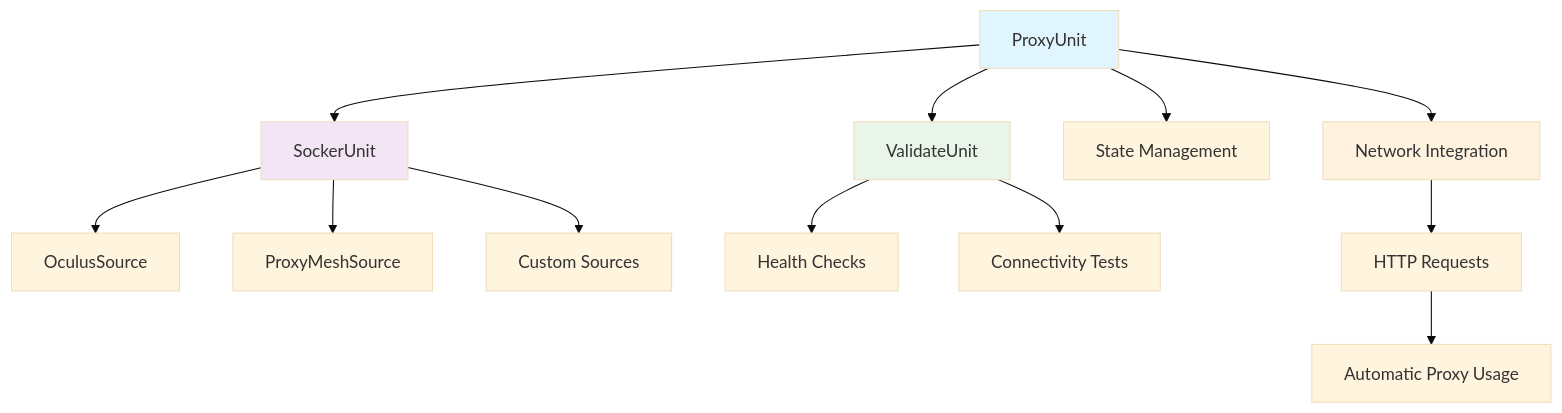
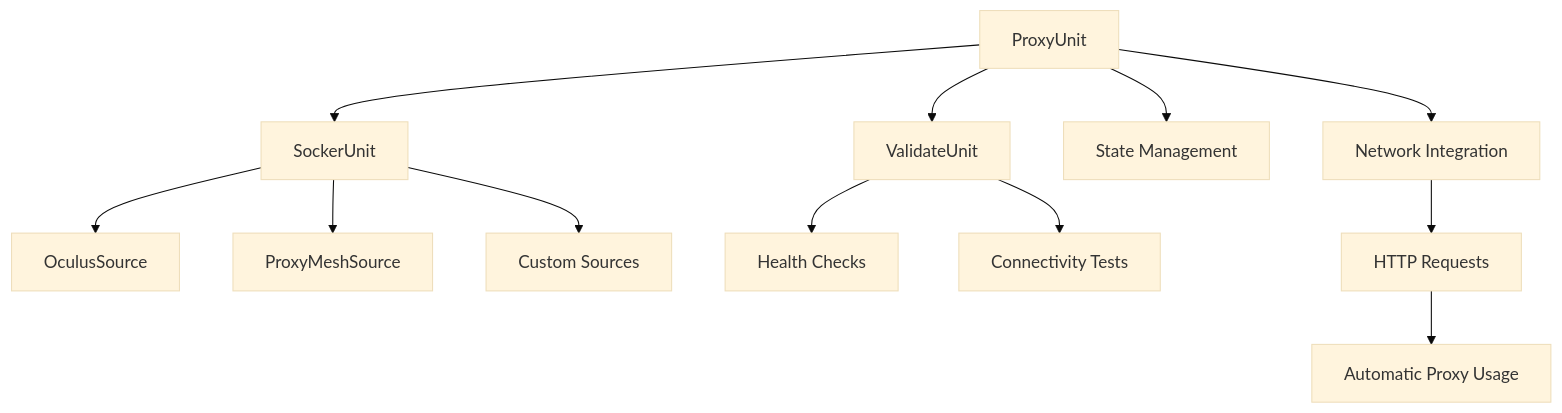
The diagram in README.md (synthetism/proxy), drawn with Mermaid (base theme) before and after one commit.

Commit message:
Fixed styling in dark mode

````diff
--- a/README.md
+++ b/README.md
@@ -23,22 +23,18 @@
 ```mermaid
 graph TD
     A[ProxyUnit] --> B[SockerUnit]
     A --> C[ValidateUnit]
     A --> D[State Management]
     
     B --> E[OculusSource]
     B --> F[ProxyMeshSource]
     B --> G[Custom Sources]
     
     C --> H[Health Checks]
     C --> I[Connectivity Tests]
     
     A --> J[Network Integration]
     J --> K[HTTP Requests]
     K --> L[Automatic Proxy Usage]
-    
-    style A fill:#e1f5fe
-    style B fill:#f3e5f5
-    style C fill:#e8f5e8
-    style J fill:#fff3e0
+
 ```
````
